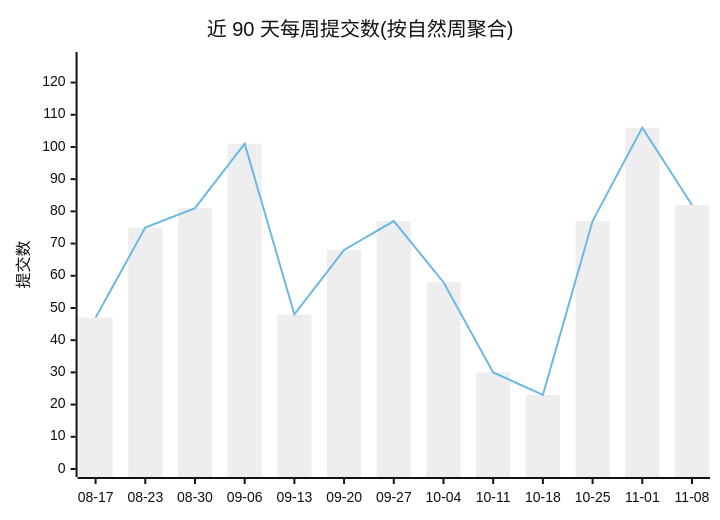
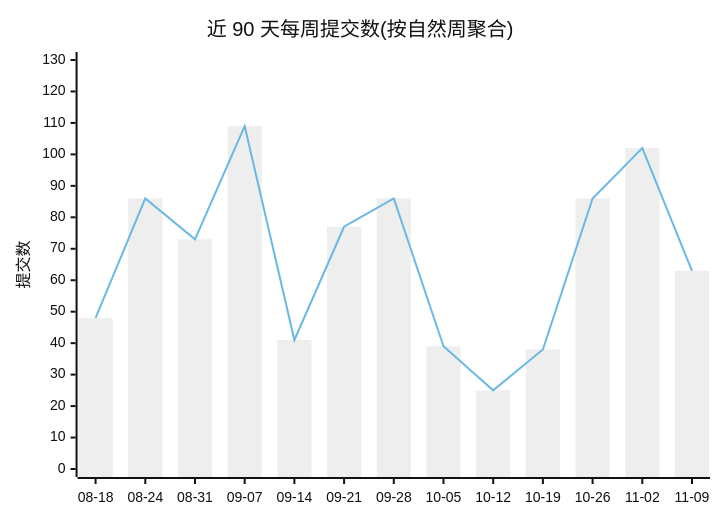
Before and after one commit to Conflux-Union/.github: the first of 2 diagrams in profile/README.md, drawn with Mermaid (neutral theme). The commit also changed other lines of this file and 1 other file, not shown here.

````diff
--- a/profile/README.md
+++ b/profile/README.md
@@ -47,8 +47,8 @@
 ```mermaid
 xychart-beta
     title "近 90 天每周提交数(按自然周聚合)"
-    x-axis ["08-17", "08-23", "08-30", "09-06", "09-13", "09-20", "09-27", "10-04", "10-11", "10-18", "10-25", "11-01", "11-08"]
-    y-axis "提交数" 0 --> 127
-    bar [47, 75, 81, 101, 48, 68, 77, 58, 30, 23, 77, 106, 82]
-    line [47, 75, 81, 101, 48, 68, 77, 58, 30, 23, 77, 106, 82]
+    x-axis ["08-18", "08-24", "08-31", "09-07", "09-14", "09-21", "09-28", "10-05", "10-12", "10-19", "10-26", "11-02", "11-09"]
+    y-axis "提交数" 0 --> 130
+    bar [48, 86, 73, 109, 41, 77, 86, 39, 25, 38, 86, 102, 63]
+    line [48, 86, 73, 109, 41, 77, 86, 39, 25, 38, 86, 102, 63]
 ```
````
